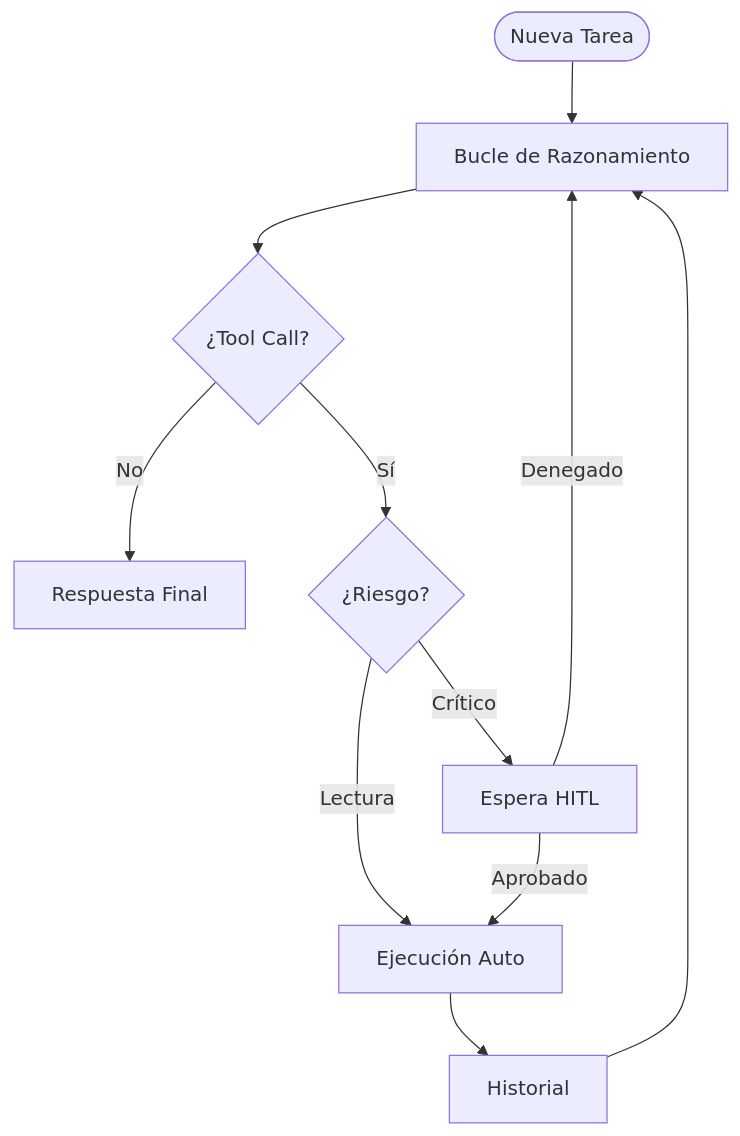
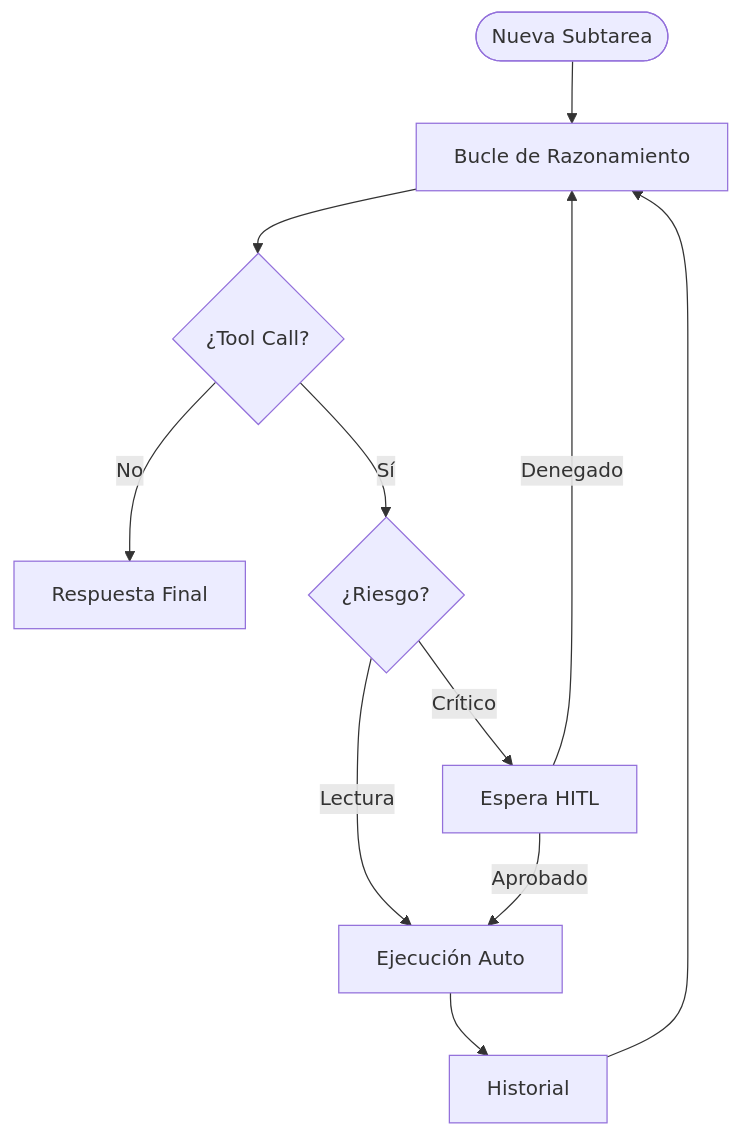
One commit to bondwell79/agentes changed the second of 3 diagrams in docs/ARCHITECTURE.md. Above: the diagram before and after it, drawn with Mermaid. The commit also changed other lines of this file and 10 other files, not shown here.

````diff
--- a/docs/ARCHITECTURE.md
+++ b/docs/ARCHITECTURE.md
@@ -9,13 +26,13 @@
 ```mermaid
 flowchart TD
-    A([Nueva Tarea]) --> B[Bucle de Razonamiento]
+    A([Nueva Subtarea]) --> B[Bucle de Razonamiento]
     B --> C{¿Tool Call?}
     C -- No --> G[Respuesta Final]
     C -- Sí --> D{¿Riesgo?}
     D -- Lectura --> E[Ejecución Auto]
     D -- Crítico --> F[Espera HITL]
     F -- Aprobado --> E
     F -- Denegado --> B
     E --> H[Historial]
     H --> B
 ```
````
